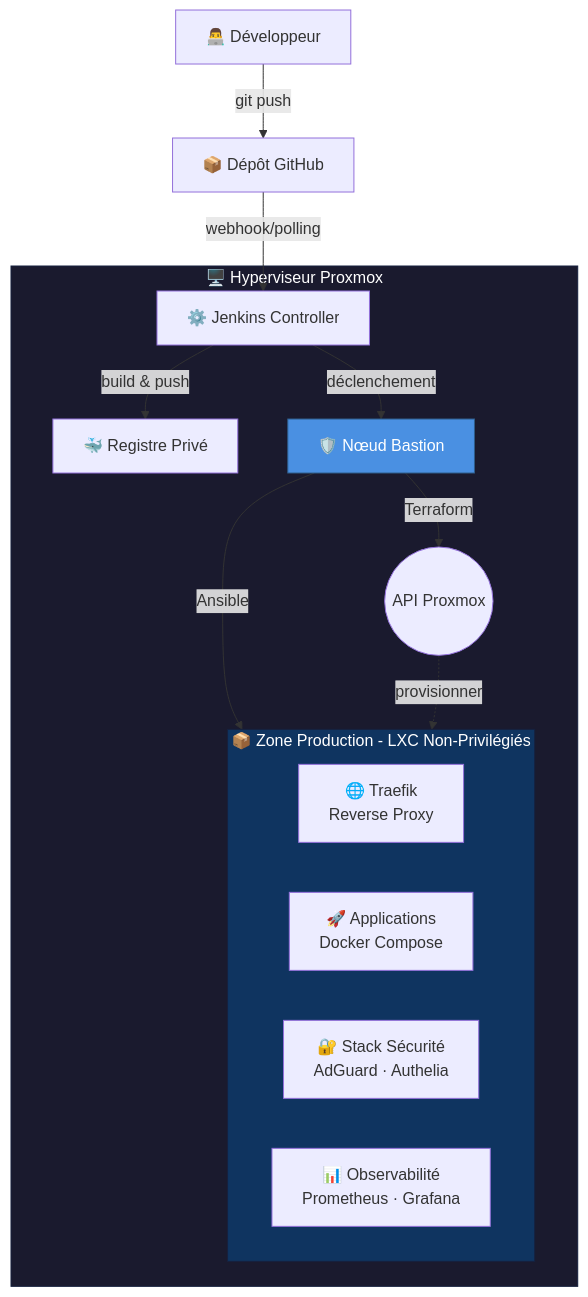
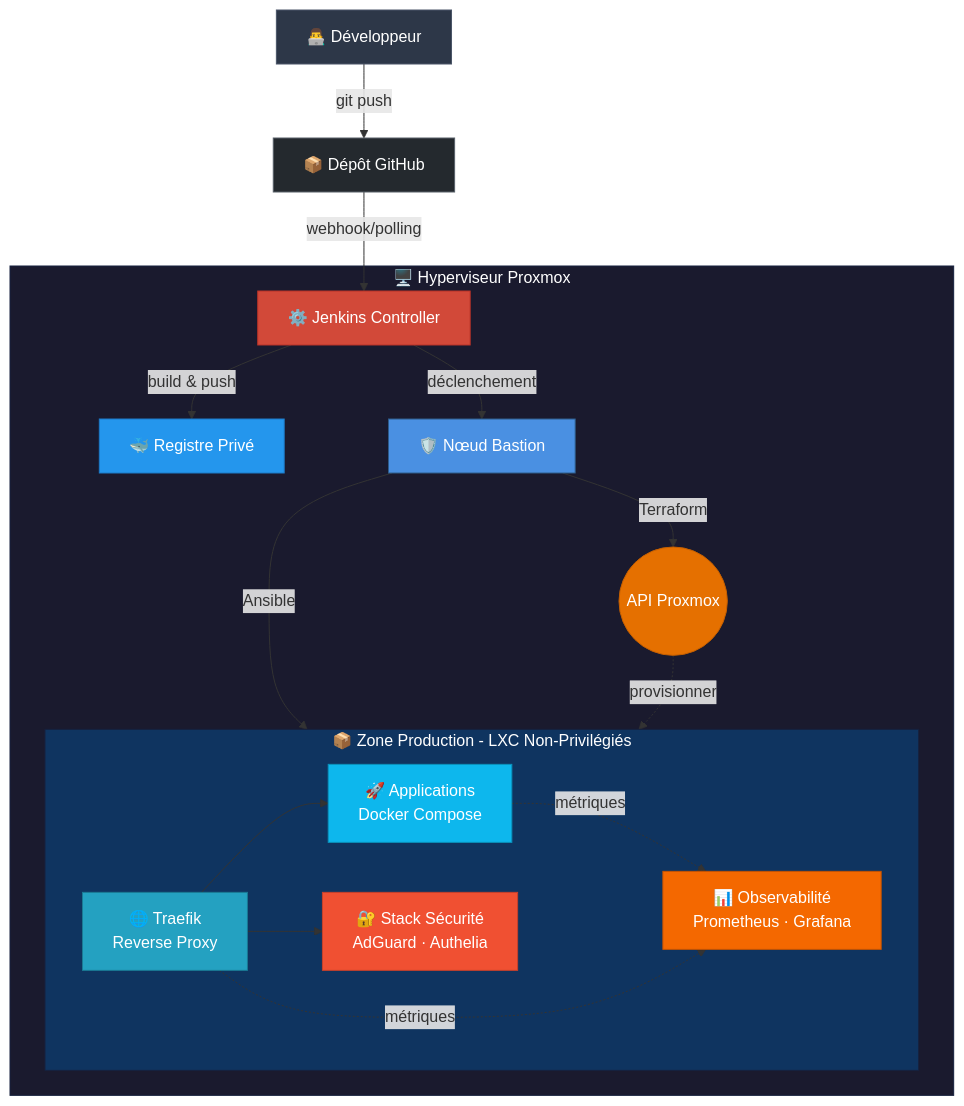
The diagram in README.md (clementtrecourt/homelab-stack), drawn with Mermaid before and after one commit. The commit also changed other lines of this file, not shown here.

Commit message:
readme update

````diff
--- a/README.md
+++ b/README.md
@@ -37,26 +37,40 @@
 ```mermaid
 graph TB
-    Dev[👨‍💻 Développeur] -->|git push| GH[📦 Dépôt GitHub]
-    GH -->|webhook/polling| Jenkins[⚙️ Jenkins Controller]
+    Dev[👨‍💻 Développeur] -->|git push| GitHub[📦 Dépôt GitHub]
+    GitHub -->|webhook/polling| Jenkins[⚙️ Jenkins Controller]
     
     subgraph Proxmox["🖥️ Hyperviseur Proxmox"]
         Jenkins -->|build & push| Registry[🐳 Registre Privé]
         Jenkins -->|déclenchement| Bastion[🛡️ Nœud Bastion]
         
-        Bastion -->|Terraform| PVE((API Proxmox))
-        Bastion -->|Ansible| LXC_Pool
+        Bastion -->|Terraform| ProxmoxAPI((API Proxmox))
+        Bastion -->|Ansible| Production
         
-        PVE -.->|provisionner| LXC_Pool
+        ProxmoxAPI -.->|provisionner| Production
         
-        subgraph LXC_Pool["📦 Zone Production - LXC Non-Privilégiés"]
+        subgraph Production["📦 Zone Production - LXC Non-Privilégiés"]
             Traefik[🌐 Traefik<br/>Reverse Proxy]
-            Apps[🚀 Applications<br/>Docker Compose]
-            Security[🔐 Stack Sécurité<br/>AdGuard · Authelia]
+            
+            Traefik --> Apps[🚀 Applications<br/>Docker Compose]
+            Traefik --> Security[🔐 Stack Sécurité<br/>AdGuard · Authelia]
+            
             Monitoring[📊 Observabilité<br/>Prometheus · Grafana]
+            
+            Apps -.->|métriques| Monitoring
+            Traefik -.->|métriques| Monitoring
         end
     end
     
+    style Dev fill:#2d3748,stroke:#4a5568,color:#fff
+    style GitHub fill:#24292e,stroke:#586069,color:#fff
+    style Jenkins fill:#d24939,stroke:#b83228,color:#fff
     style Bastion fill:#4a90e2,stroke:#2e5c8a,color:#fff
+    style Registry fill:#2496ed,stroke:#1d7ac7,color:#fff
+    style ProxmoxAPI fill:#e57000,stroke:#c45f00,color:#fff
     style Proxmox fill:#1a1a2e,stroke:#16213e,color:#fff
-    style LXC_Pool fill:#0f3460,stroke:#16213e,color:#fff
+    style Production fill:#0f3460,stroke:#16213e,color:#fff
+    style Traefik fill:#24a1c1,stroke:#1a7a94,color:#fff
+    style Apps fill:#0db7ed,stroke:#0a92bc,color:#fff
+    style Security fill:#f05032,stroke:#c7402a,color:#fff
+    style Monitoring fill:#f46800,stroke:#c75300,color:#fff
 ```
````
